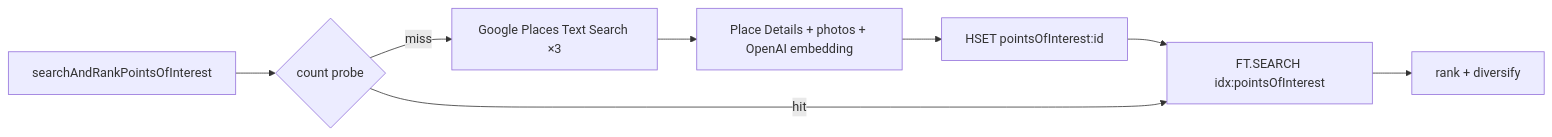
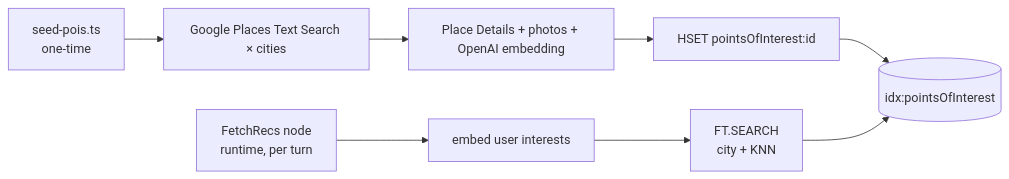
One commit to booleanhunter/travel-planning-agent-agui-langraph changed the diagram in docs/redis-data-model.md. Above: the diagram before and after it, drawn with Mermaid. The commit also changed other lines of this file and 8 other files, not shown here.

First line of the commit message:
docs(diagrams): realign architecture docs with the single-graph design

````diff
--- a/docs/redis-data-model.md
+++ b/docs/redis-data-model.md
@@ -40,10 +39,10 @@
 ```mermaid
 flowchart LR
-    Tool[searchAndRankPointsOfInterest] --> Probe{count probe}
-    Probe -->|miss| Places[Google Places Text Search ×3]
+    Seed[seed-pois.ts<br/>one-time] --> Places[Google Places Text Search × cities]
     Places --> Enrich[Place Details + photos + OpenAI embedding]
     Enrich --> HSET[HSET pointsOfInterest:id]
-    HSET --> KNN[FT.SEARCH idx:pointsOfInterest]
-    Probe -->|hit| KNN
-    KNN --> Rank[rank + diversify]
+    HSET --> Idx[(idx:pointsOfInterest)]
+    FetchRecs[FetchRecs node<br/>runtime, per turn] --> Embed[embed user interests]
+    Embed --> KNN[FT.SEARCH<br/>city + KNN]
+    KNN --> Idx
 ```
````
